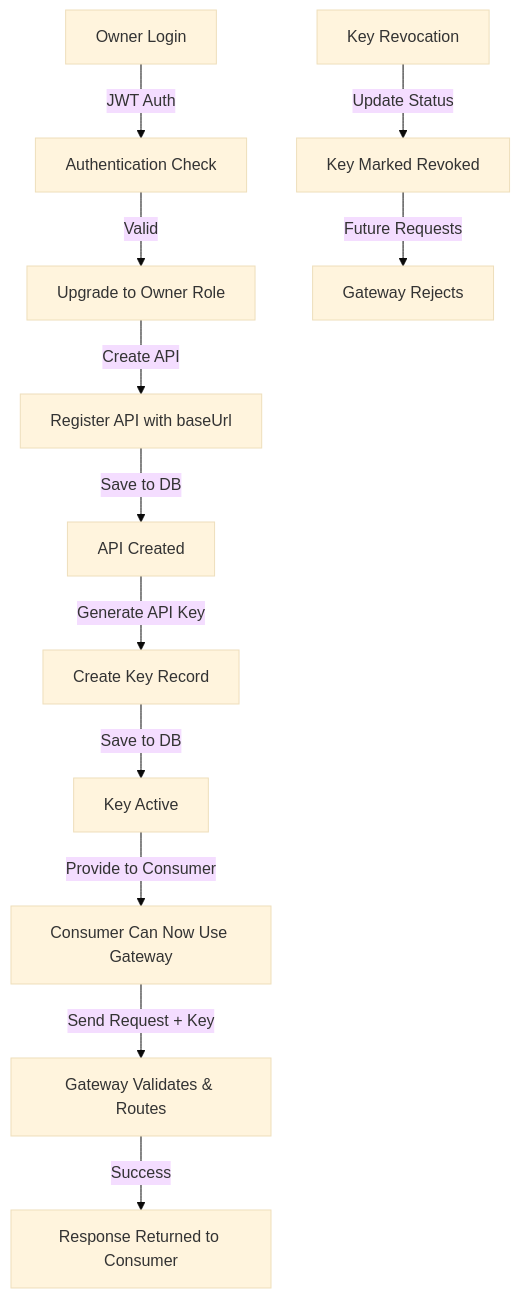
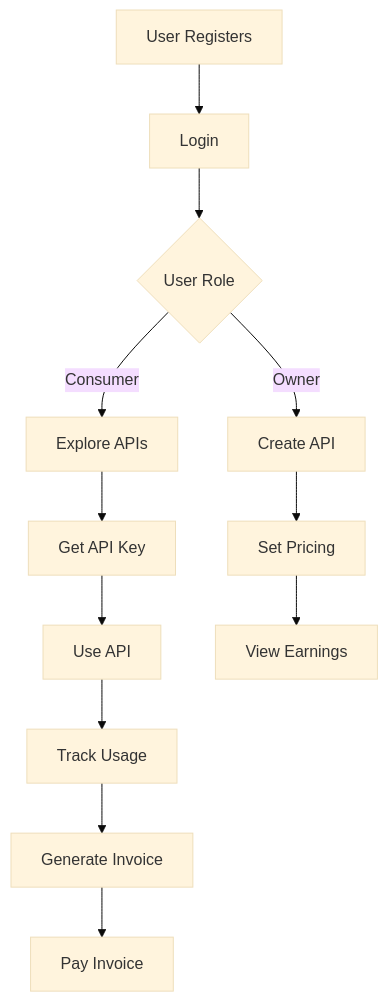
One commit to sai-teja-chary/UsageFlow changed the first of 2 diagrams in README.md. Above: the diagram before and after it, drawn with Mermaid (base theme). The commit also changed other lines of this file and 65 other files, not shown here.

First line of the commit message:
feat: add authentication context and hooks for user management

````diff
--- a/README.md
+++ b/README.md
@@ -219,15 +126,14 @@
 ```mermaid
-flowchart TD
-    A[Owner Login] -->|JWT Auth| B[Authentication Check]
-    B -->|Valid| C[Upgrade to Owner Role]
-    C -->|Create API| D[Register API with baseUrl]
-    D -->|Save to DB| E[API Created]
-    E -->|Generate API Key| F[Create Key Record]
-    F -->|Save to DB| G[Key Active]
-    G -->|Provide to Consumer| H[Consumer Can Now Use Gateway]
-    H -->|Send Request + Key| I[Gateway Validates & Routes]
-    I -->|Success| J[Response Returned to Consumer]
-    
-    K[Key Revocation] -->|Update Status| L[Key Marked Revoked]
-    L -->|Future Requests| M[Gateway Rejects]
+graph TD
+    A[User Registers] --> B[Login]
+    B --> C{User Role}
+    C -->|Consumer| D[Explore APIs]
+    C -->|Owner| E[Create API]
+    D --> F[Get API Key]
+    F --> G[Use API]
+    G --> H[Track Usage]
+    H --> I[Generate Invoice]
+    I --> J[Pay Invoice]
+    E --> K[Set Pricing]
+    K --> L[View Earnings]
 ```
````
